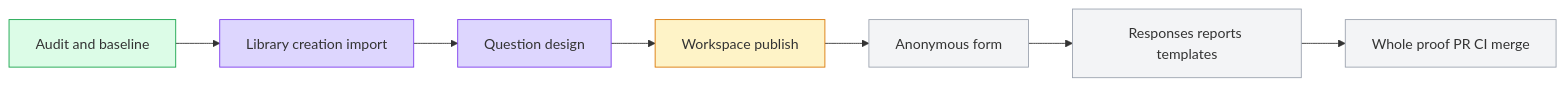
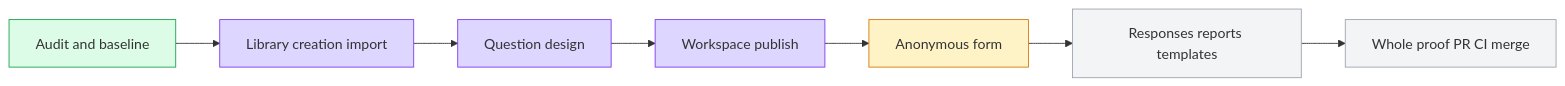
The diagram in docs/design/i18n-survey-journey/plan.md (boardx/workspacex), drawn with Mermaid before and after one commit. The commit also changed other lines of this file and 7 other files, not shown here.

````diff
--- a/docs/design/i18n-survey-journey/plan.md
+++ b/docs/design/i18n-survey-journey/plan.md
@@ -28,13 +28,13 @@
 ```mermaid
 flowchart LR
  A[Audit and baseline] --> B[Library creation import] --> C[Question design] --> D[Workspace publish] --> E[Anonymous form] --> F[Responses reports templates] --> G[Whole proof PR CI merge]
  classDef active fill:#fef3c7,stroke:#d97706
  classDef tested fill:#ddd6fe,stroke:#7c3aed
  classDef done fill:#dcfce7,stroke:#16a34a
  classDef pending fill:#f3f4f6,stroke:#9ca3af
  class A done
  class B tested
- class C tested
- class D active
- class E,F,G pending
+ class C,D tested
+ class E active
+ class F,G pending
 ```
````
